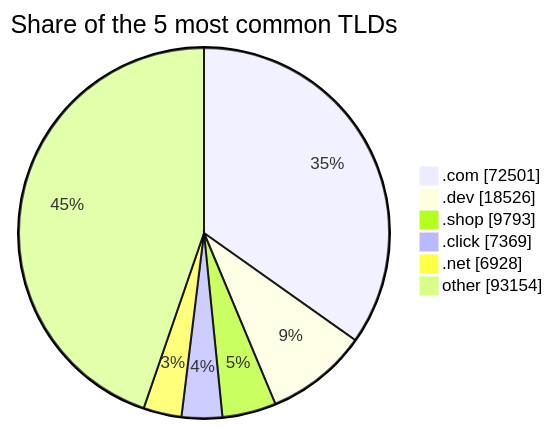
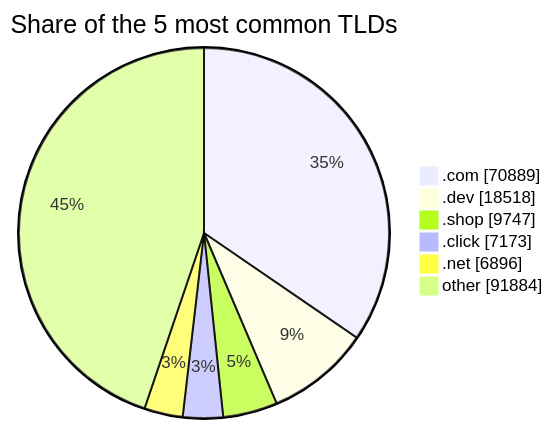
One commit to DNSBunker/CTI changed the third of 3 diagrams in README.md. Above: the diagram before and after it, drawn with Mermaid. The commit also changed other lines of this file and 3 other files, not shown here.

````diff
--- a/README.md
+++ b/README.md
@@ -81,9 +81,9 @@
 ```mermaid
 pie showData title Share of the 5 most common TLDs
-    ".com" : 72501
-    ".dev" : 18526
-    ".shop" : 9793
-    ".click" : 7369
-    ".net" : 6928
-    "other" : 93154
+    ".com" : 70889
+    ".dev" : 18518
+    ".shop" : 9747
+    ".click" : 7173
+    ".net" : 6896
+    "other" : 91884
 ```
````
